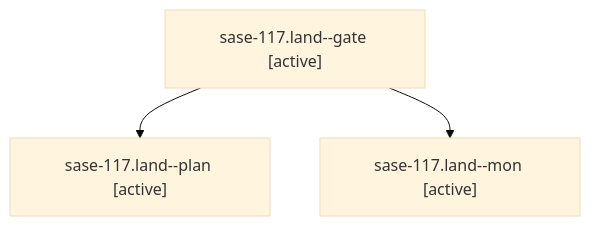
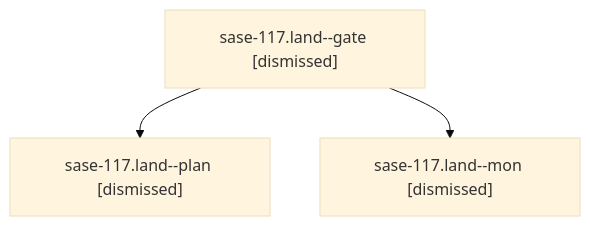
The diagram in sessions/bbugyi200.athena.sase-117.land.md (sase-org/sase--agents), drawn with Mermaid (base theme) before and after one commit. The commit also changed other lines of this file and 199 other files, not shown here.

````diff
--- a/sessions/bbugyi200.athena.sase-117.land.md
+++ b/sessions/bbugyi200.athena.sase-117.land.md
@@ -9,8 +9,8 @@
 ```mermaid
 flowchart TD
-  n0["sase-117.land--gate [active]"]
-  n1["sase-117.land--plan [active]"]
+  n0["sase-117.land--gate [dismissed]"]
+  n1["sase-117.land--plan [dismissed]"]
   n0 --> n1
-  n2["sase-117.land--mon [active]"]
+  n2["sase-117.land--mon [dismissed]"]
   n0 --> n2
 ```
````
